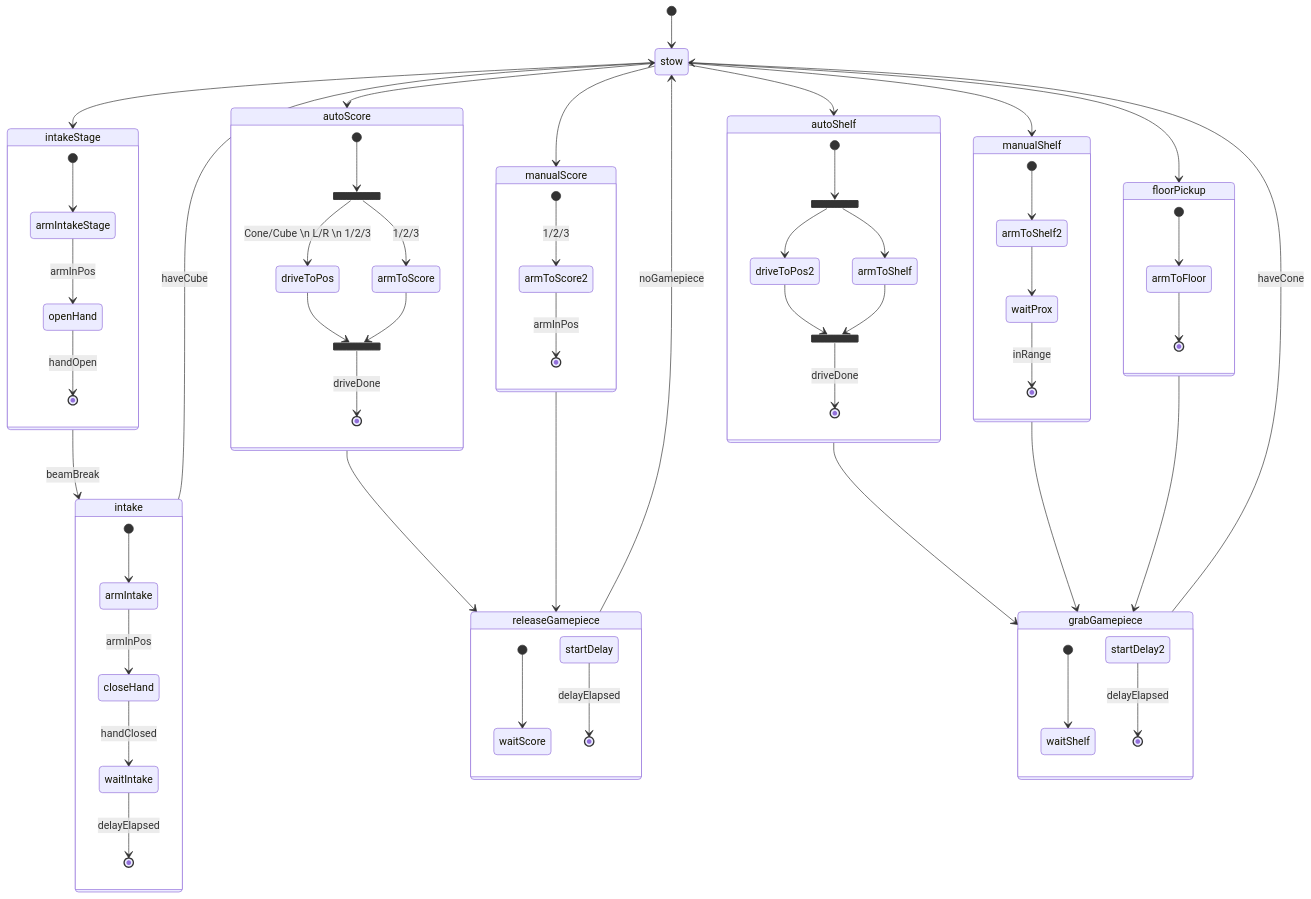
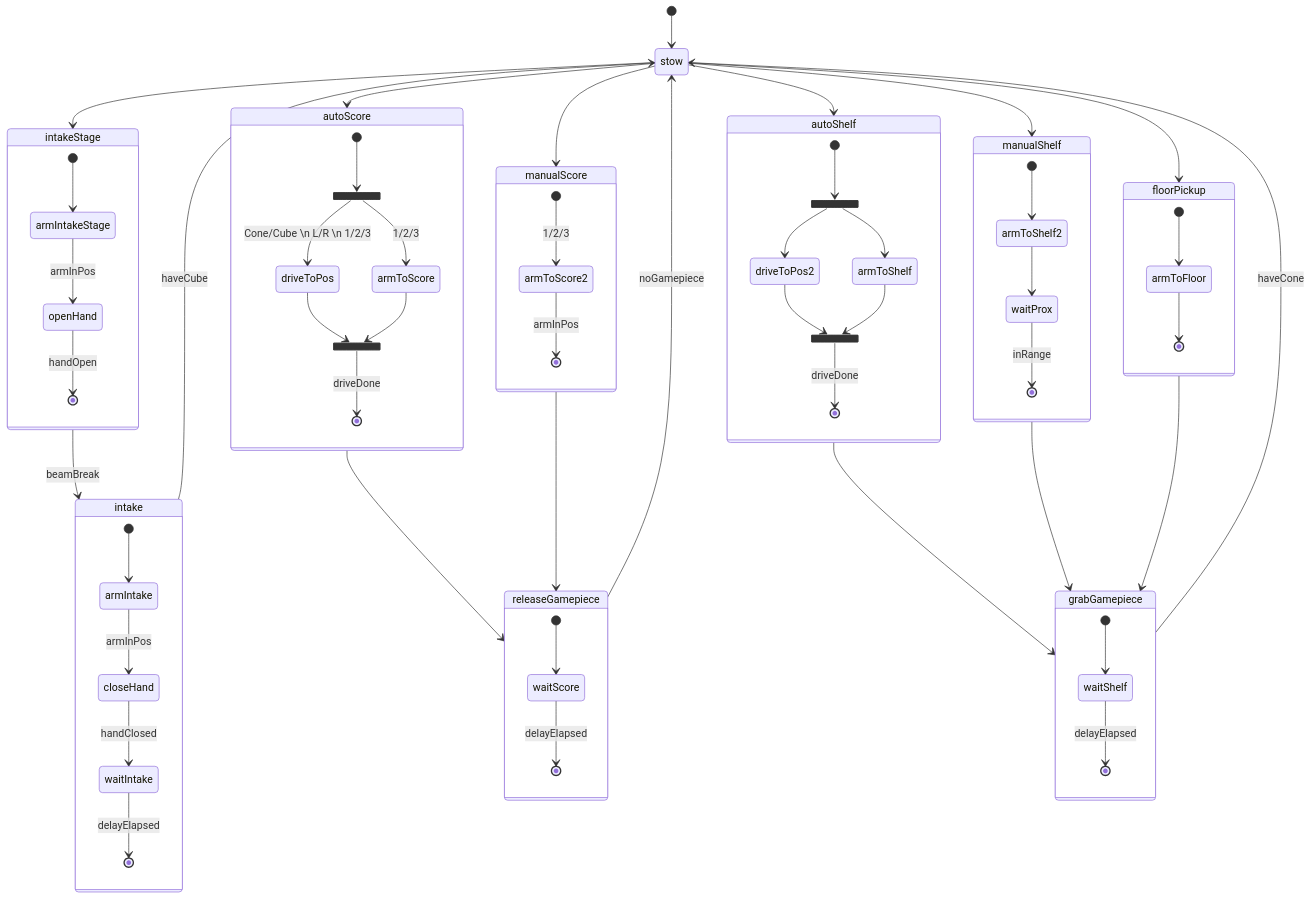
Before and after one commit to strykeforce/chargedup: the diagram in docs/RobotStateMachine.md, drawn with Mermaid.

```diff
--- a/docs/RobotStateMachine.md
+++ b/docs/RobotStateMachine.md
@@ -36,7 +36,7 @@
 
     state releaseGamepiece {
         [*] --> waitScore
-        startDelay --> [*]: delayElapsed
+        waitScore --> [*]: delayElapsed
     }
 
 
@@ -65,7 +65,7 @@
 
     state grabGamepiece {
         [*] --> waitShelf
-        startDelay2 --> [*]: delayElapsed
+        waitShelf --> [*]: delayElapsed
     }
 
     stow --> manualShelf
```
